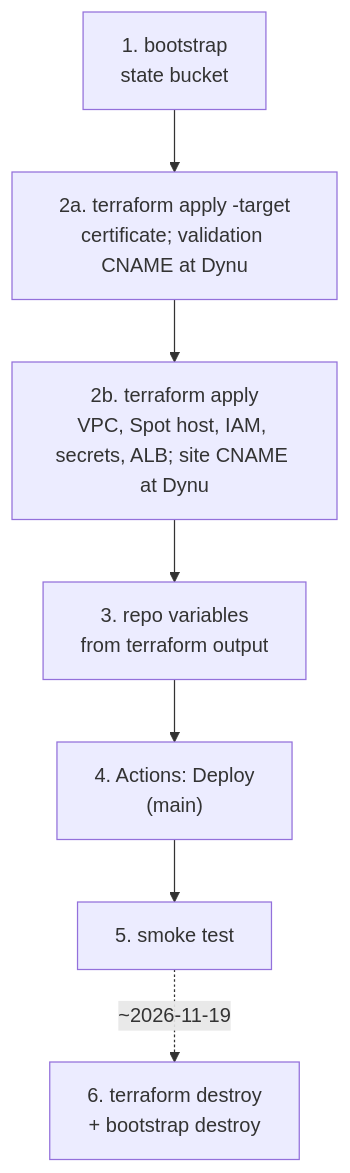
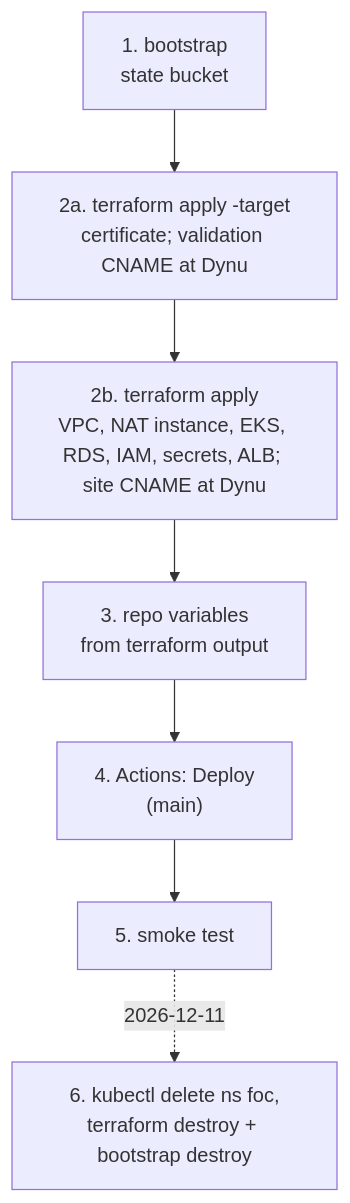
One commit to AY2627S1-CS3219-P23/foc changed the first of 2 diagrams in infra/README.md. Above: the diagram before and after it, drawn with Mermaid. The commit also changed other lines of this file and 36 other files, not shown here.

First line of the commit message:
feat(infra): re-platform the cloud deployment to EKS and RDS (#48)

````diff
--- a/infra/README.md
+++ b/infra/README.md
@@ -30,9 +24,9 @@
 ```mermaid
 flowchart TD
   b["1. bootstrap<br/>state bucket"] --> c["2a. terraform apply -target<br/>certificate; validation CNAME at Dynu"]
-  c --> a["2b. terraform apply<br/>VPC, Spot host, IAM, secrets, ALB; site CNAME at Dynu"]
+  c --> a["2b. terraform apply<br/>VPC, NAT instance, EKS, RDS, IAM, secrets, ALB; site CNAME at Dynu"]
   a --> v["3. repo variables<br/>from terraform output"]
   v --> d["4. Actions: Deploy<br/>(main)"]
   d --> s["5. smoke test"]
-  s -.->|"~2026-11-19"| x["6. terraform destroy<br/>+ bootstrap destroy"]
+  s -.->|"2026-12-11"| x["6. kubectl delete ns foc,<br/>terraform destroy + bootstrap destroy"]
 ```
````
